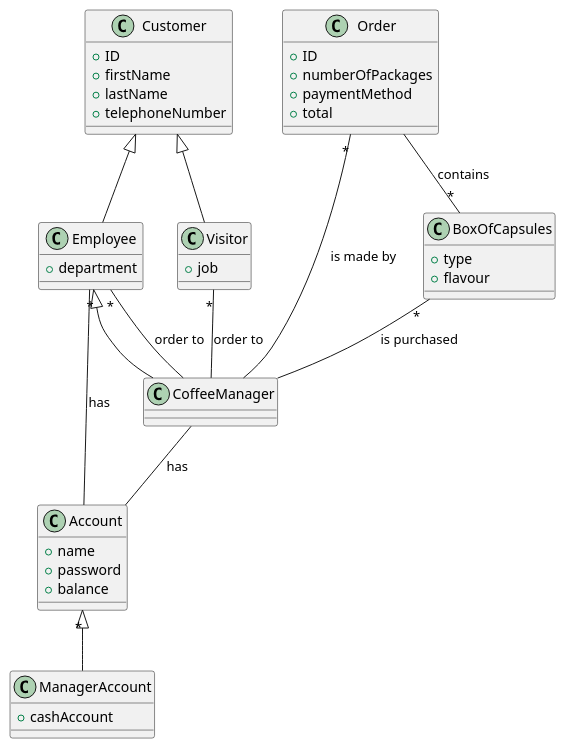
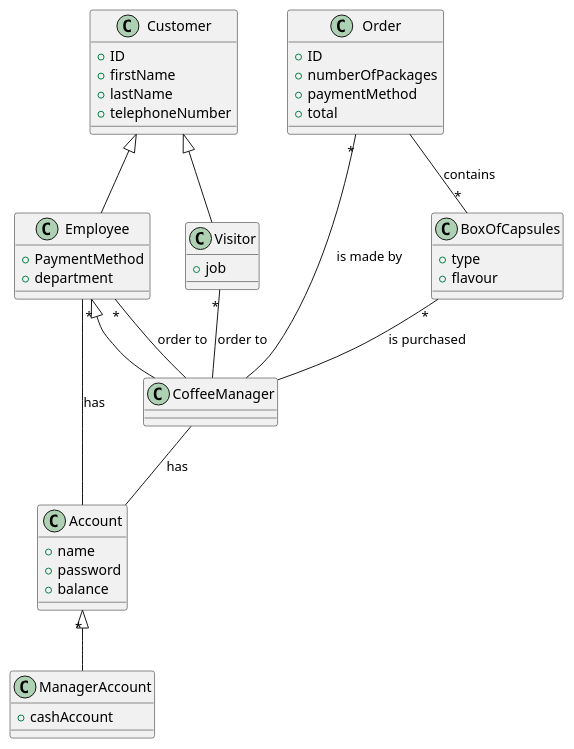
One commit to salvatore-dimartino/LaTazza changed the third of 4 diagrams in templates/RequirementsTemplate.md. Above: the diagram before and after it, drawn with PlantUML.

````diff
--- a/templates/RequirementsTemplate.md
+++ b/templates/RequirementsTemplate.md
@@ -493,62 +493,63 @@
 ```plantuml
 @startuml
 
 class Customer {
     +ID
 	+firstName
 	+lastName
 	+telephoneNumber
 }
 
 class Employee {
     
+    +PaymentMethod
     +department
 }
 
 class Visitor {
 
     +job
 }
 
 class CoffeeManager {
 
 }
 
 class BoxOfCapsules {
 
 	+type
 	+flavour
 }
 
 class Account {
 
 	+name
 	+password
 	+balance
 }
 
 class Order {
 
 	+ID
 	+numberOfPackages
 	+paymentMethod
 	+total
 }
 
 class ManagerAccount {
     +cashAccount
 }
 
 Customer <|-- Employee
 Customer <|-- Visitor
 Account "*" <|-- ManagerAccount
 Employee "*" <|-- CoffeeManager
 Employee "*"-- CoffeeManager : order to
 BoxOfCapsules "*" -- CoffeeManager : is purchased
 Visitor "*" -- CoffeeManager : order to
 Order "*" -- CoffeeManager : is made by
 Order -- "*" BoxOfCapsules : contains
 Employee -- Account : has
 CoffeeManager -- Account : has
 @enduml
 ```
````
